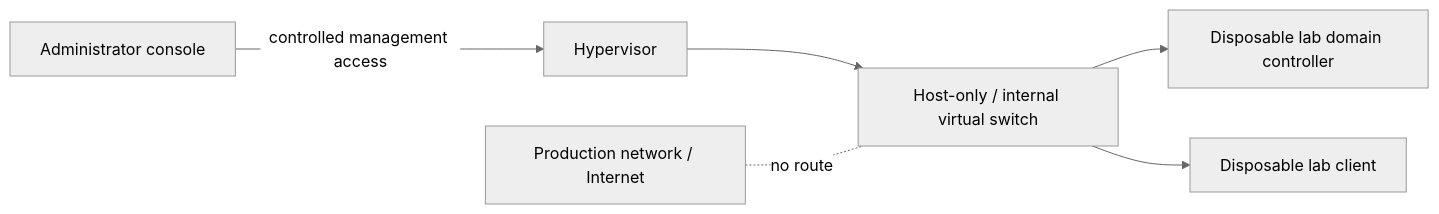
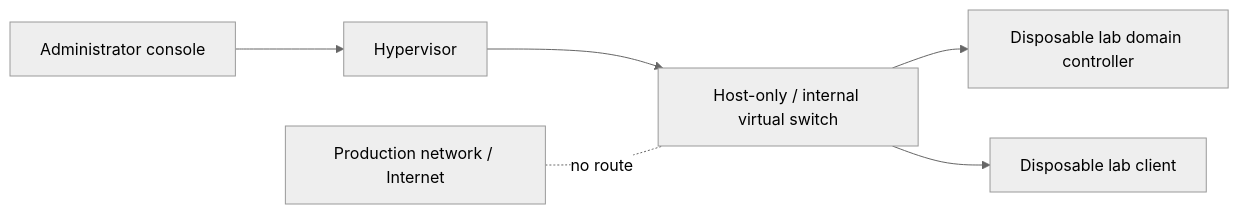
One commit to Pnwcomputers/ULTIMATE-CYBERSECURITY-MASTER-GUIDE changed the first of 2 diagrams in Homelab/HomeLab_Setup.md. Above: the diagram before and after it, drawn with Mermaid (neutral theme). The commit also changed other lines of this file, not shown here.

````diff
--- a/Homelab/HomeLab_Setup.md
+++ b/Homelab/HomeLab_Setup.md
@@ -1102,8 +1103,8 @@
 ```mermaid
 flowchart LR
-    Admin[Administrator console] -->|controlled management access| Host[Hypervisor]
+    Admin[Administrator console] --> Host[Hypervisor]
     Host --> Switch[Host-only / internal virtual switch]
     Switch --> DC[Disposable lab domain controller]
     Switch --> Client[Disposable lab client]
     Prod[Production network / Internet] -. no route .- Switch
 ```
````
